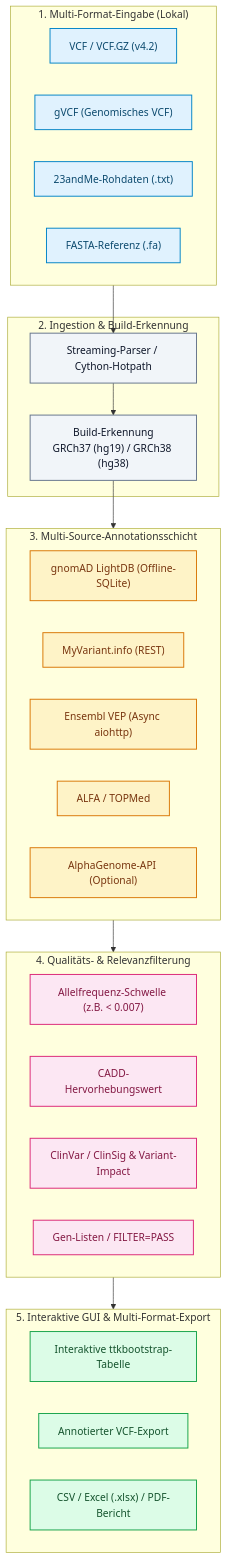
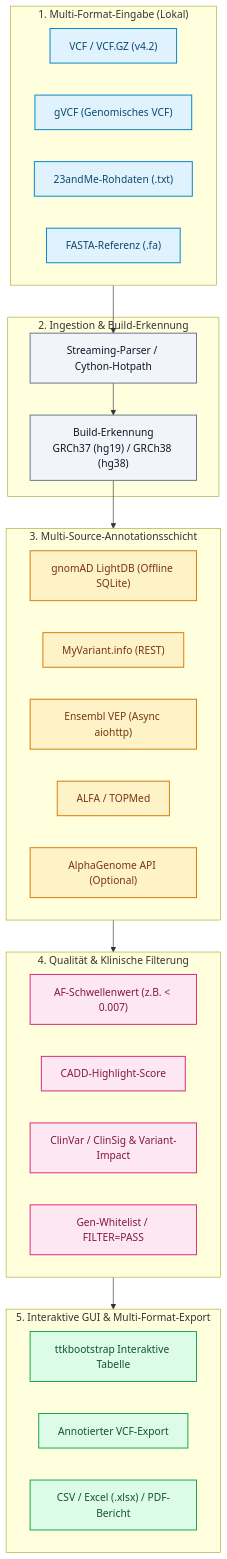
One commit to biotec-line/VFDistiller changed the diagram in README.de.md. Above: the diagram before and after it, drawn with Mermaid. The commit also changed other lines of this file and 7 other files, not shown here.

Commit message:
feat(marketing): Pfad B discoverability, visual architecture, bilingual 18-point navigation parity, target personas & comparative matrix

````diff
--- a/README.de.md
+++ b/README.de.md
@@ -79,47 +182,47 @@
 ```mermaid
 flowchart TD
     classDef input fill:#e0f2fe,stroke:#0284c7,stroke-width:1.5px,color:#0c4a6e;
     classDef process fill:#f1f5f9,stroke:#64748b,stroke-width:1.5px,color:#0f172a;
     classDef anno fill:#fef3c7,stroke:#d97706,stroke-width:1.5px,color:#78350f;
     classDef filter fill:#fce7f3,stroke:#db2777,stroke-width:1.5px,color:#831843;
     classDef output fill:#dcfce7,stroke:#16a34a,stroke-width:1.5px,color:#14532d;
 
     subgraph Inputs ["1. Multi-Format-Eingabe (Lokal)"]
         VCF["VCF / VCF.GZ (v4.2)"]:::input
         GVCF["gVCF (Genomisches VCF)"]:::input
         RAW["23andMe-Rohdaten (.txt)"]:::input
         FASTA["FASTA-Referenz (.fa)"]:::input
     end
 
     subgraph Core ["2. Ingestion & Build-Erkennung"]
         PARSER["Streaming-Parser / Cython-Hotpath"]:::process
         BUILD["Build-Erkennung<br/>GRCh37 (hg19) / GRCh38 (hg38)"]:::process
         PARSER --> BUILD
     end
 
     subgraph Annotation ["3. Multi-Source-Annotationsschicht"]
-        GNOMAD["gnomAD LightDB (Offline-SQLite)"]:::anno
+        GNOMAD["gnomAD LightDB (Offline SQLite)"]:::anno
         MYVAR["MyVariant.info (REST)"]:::anno
         VEP["Ensembl VEP (Async aiohttp)"]:::anno
         ALFA["ALFA / TOPMed"]:::anno
-        AG["AlphaGenome-API (Optional)"]:::anno
+        AG["AlphaGenome API (Optional)"]:::anno
     end
 
-    subgraph QualityGate ["4. Qualitäts- & Relevanzfilterung"]
-        AF_FILT["Allelfrequenz-Schwelle (z.B. &lt; 0.007)"]:::filter
-        CADD_FILT["CADD-Hervorhebungswert"]:::filter
+    subgraph QualityGate ["4. Qualität & Klinische Filterung"]
+        AF_FILT["AF-Schwellenwert (z.B. &lt; 0.007)"]:::filter
+        CADD_FILT["CADD-Highlight-Score"]:::filter
         CLIN_FILT["ClinVar / ClinSig & Variant-Impact"]:::filter
-        GENE_FILT["Gen-Listen / FILTER=PASS"]:::filter
+        GENE_FILT["Gen-Whitelist / FILTER=PASS"]:::filter
     end
 
     subgraph Outputs ["5. Interaktive GUI & Multi-Format-Export"]
-        GUI["Interaktive ttkbootstrap-Tabelle"]:::output
+        GUI["ttkbootstrap Interaktive Tabelle"]:::output
         EXP_VCF["Annotierter VCF-Export"]:::output
         EXP_DOC["CSV / Excel (.xlsx) / PDF-Bericht"]:::output
     end
 
     Inputs --> PARSER
     BUILD --> Annotation
     Annotation --> QualityGate
     QualityGate --> Outputs
 ```
````
